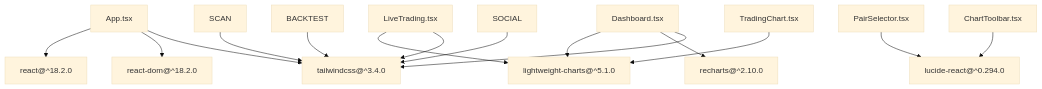
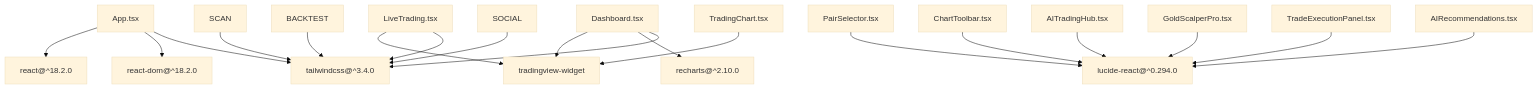
One commit to cavraeg-eng/Trading-App changed diagram 15 of 15 in .qoder/repowiki/en/content/Project Overview/Core Features/Frontend Components.md. Above: the diagram before and after it, drawn with Mermaid (base theme). The commit also changed other lines of this file and 138 other files, not shown here.

First line of the commit message:
feat(LiveTrading): add MT5-style chart overlay for entry/SL/TP levels

````diff
--- a/.qoder/repowiki/en/content/Project Overview/Core Features/Frontend Components.md
+++ b/.qoder/repowiki/en/content/Project Overview/Core Features/Frontend Components.md
@@ -481,23 +718,27 @@
 ```mermaid
 graph TB
 REACT["react@^18.2.0"]
 REACTDOM["react-dom@^18.2.0"]
-LIGHTWEIGHT["lightweight-charts@^5.1.0"]
+TRADINGVIEW["tradingview-widget"]
 RECHARTS["recharts@^2.10.0"]
 LUCIDE["lucide-react@^0.294.0"]
 TAILWIND["tailwindcss@^3.4.0"]
 APP["App.tsx"] --> REACT
 APP --> REACTDOM
-DASH["Dashboard.tsx"] --> LIGHTWEIGHT
+DASH["Dashboard.tsx"] --> TRADINGVIEW
 DASH --> RECHARTS
-LIVE["LiveTrading.tsx"] --> LIGHTWEIGHT
+LIVE["LiveTrading.tsx"] --> TRADINGVIEW
 PAIRSEL["PairSelector.tsx"] --> LUCIDE
-TRADINGCHART["TradingChart.tsx"] --> LIGHTWEIGHT
+TRADINGCHART["TradingChart.tsx"] --> TRADINGVIEW
 CHARTTOOLBAR["ChartToolbar.tsx"] --> LUCIDE
+AITRADINGHUB["AITradingHub.tsx"] --> LUCIDE
+GOLDSCALPER["GoldScalperPro.tsx"] --> LUCIDE
+TRADEEXECUTION["TradeExecutionPanel.tsx"] --> LUCIDE
+AIRecommendations["AIRecommendations.tsx"] --> LUCIDE
 APP --> TAILWIND
 DASH --> TAILWIND
 LIVE --> TAILWIND
 SCAN --> TAILWIND
 BACKTEST --> TAILWIND
 SOCIAL --> TAILWIND
 ```
````
